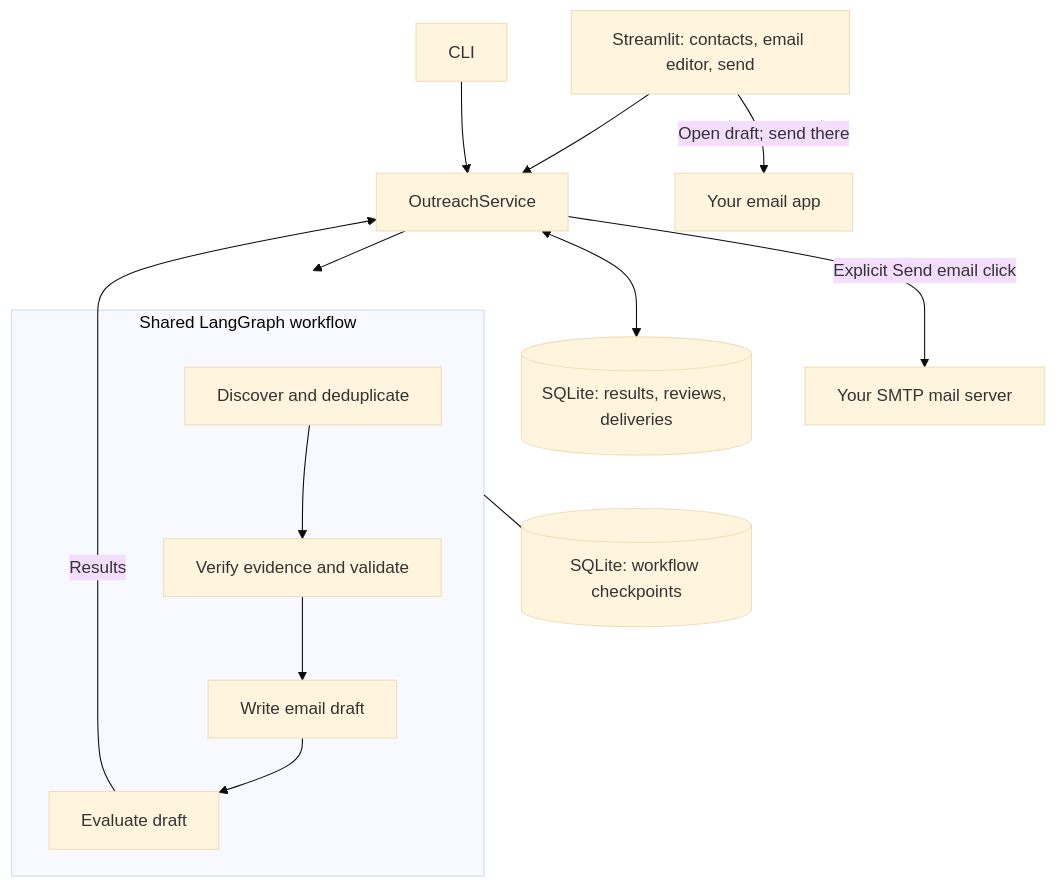
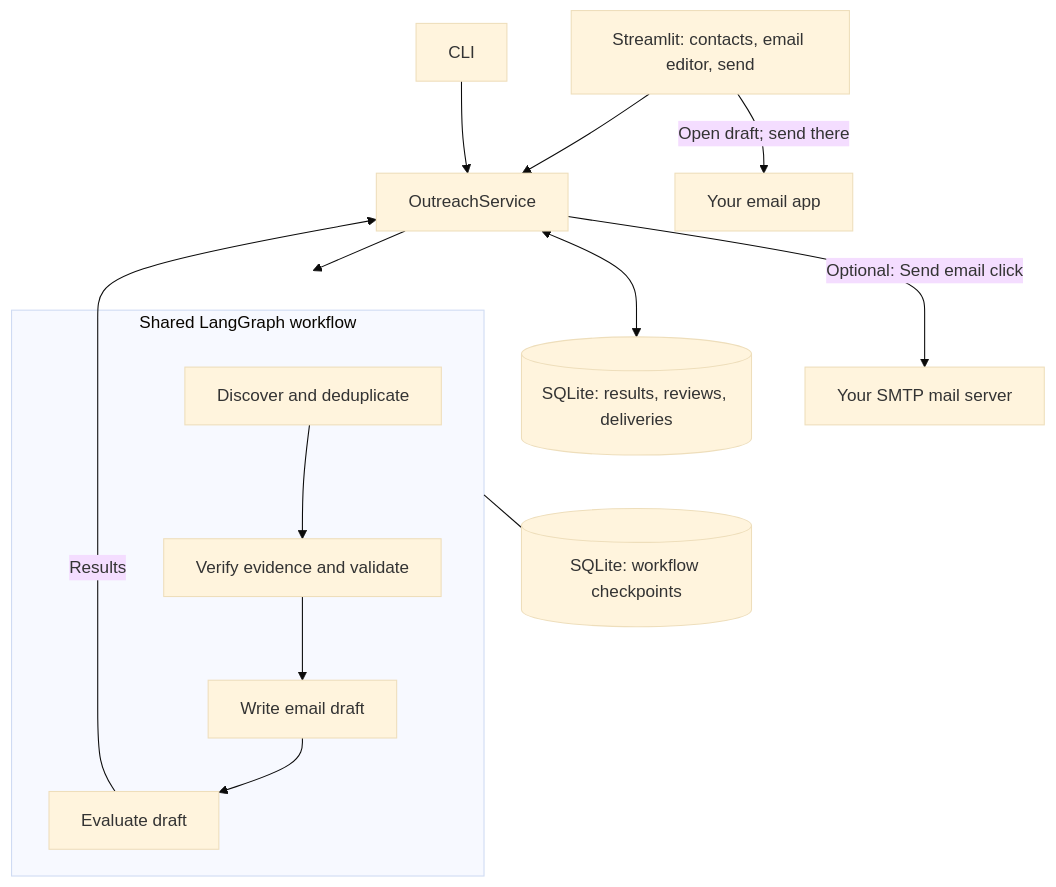
The diagram in README.md (NikrrGit/NotaryOutreach), drawn with Mermaid (base theme) before and after one commit. The commit also changed other lines of this file, not shown here.

Commit message:
docs: clarify personal email workflow and optional SMTP

````diff
--- a/README.md
+++ b/README.md
@@ -146,16 +148,16 @@
 ```mermaid
 flowchart TD
     UI["Streamlit: contacts, email editor, send"] --> Service["OutreachService"]
     UI -->|Open draft; send there| MailApp["Your email app"]
     CLI["CLI"] --> Service
     Service --> Workflow
     subgraph Workflow["Shared LangGraph workflow"]
         Discover["Discover and deduplicate"] --> Verify["Verify evidence and validate"]
         Verify --> Write["Write email draft"]
         Write --> Evaluate["Evaluate draft"]
     end
     Evaluate -->|Results| Service
     Service <--> Data[("SQLite: results, reviews, deliveries")]
-    Service -->|Explicit Send email click| SMTP["Your SMTP mail server"]
+    Service -->|Optional: Send email click| SMTP["Your SMTP mail server"]
     Workflow --- Checkpoints[("SQLite: workflow checkpoints")]
 ```
````
